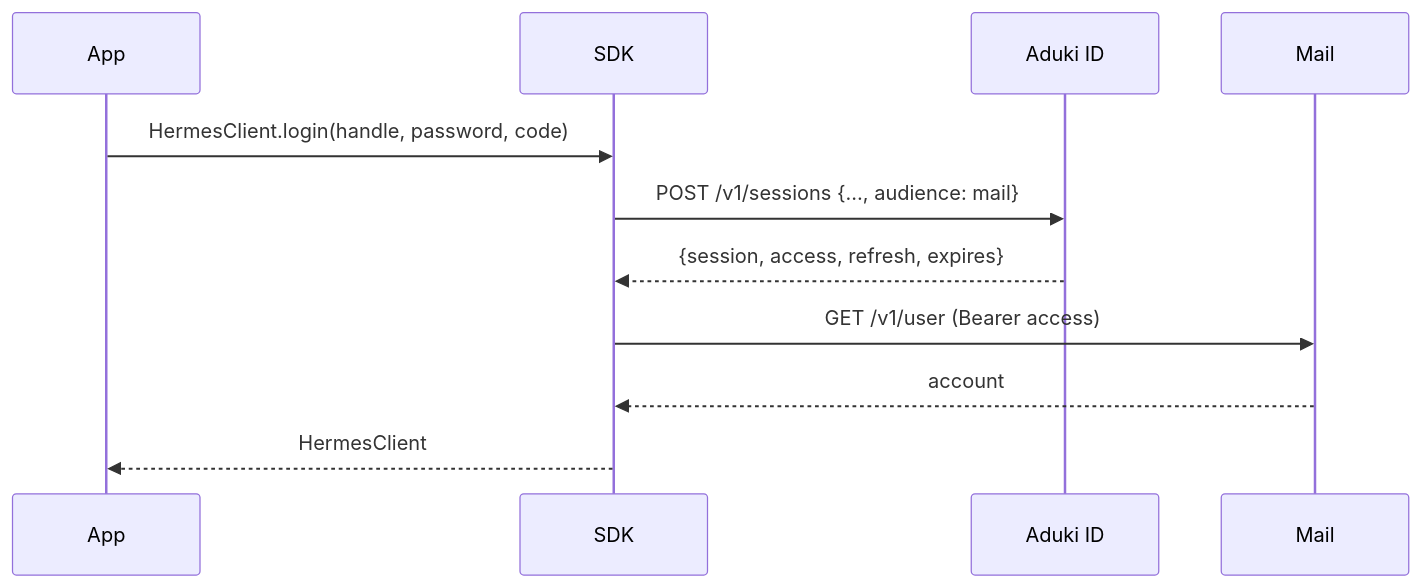
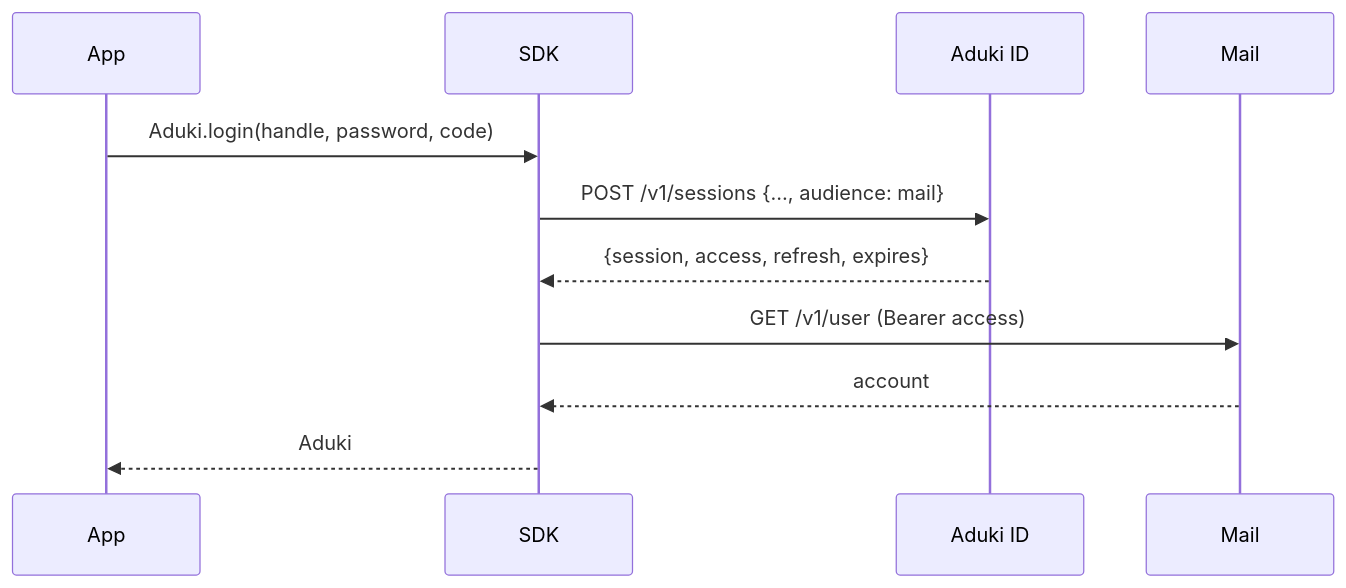
One commit to adukilabs/aduki-kt changed the diagram in docs/auth/login.md. Above: the diagram before and after it, drawn with Mermaid. The commit also changed other lines of this file and 239 other files, not shown here.

First line of the commit message:
Rename pro.aduki.hermes to pro.aduki, HermesClient to Aduki, Maven group to pro.aduki (K1)

````diff
--- a/docs/auth/login.md
+++ b/docs/auth/login.md
@@ -71,14 +71,14 @@
 ```mermaid
 sequenceDiagram
     participant App
     participant SDK
     participant ID as Aduki ID
     participant Mail
 
-    App->>SDK: HermesClient.login(handle, password, code)
+    App->>SDK: Aduki.login(handle, password, code)
     SDK->>ID: POST /v1/sessions {…, audience: mail}
     ID-->>SDK: {session, access, refresh, expires}
     SDK->>Mail: GET /v1/user (Bearer access)
     Mail-->>SDK: account
-    SDK-->>App: HermesClient
+    SDK-->>App: Aduki
 ```
````
